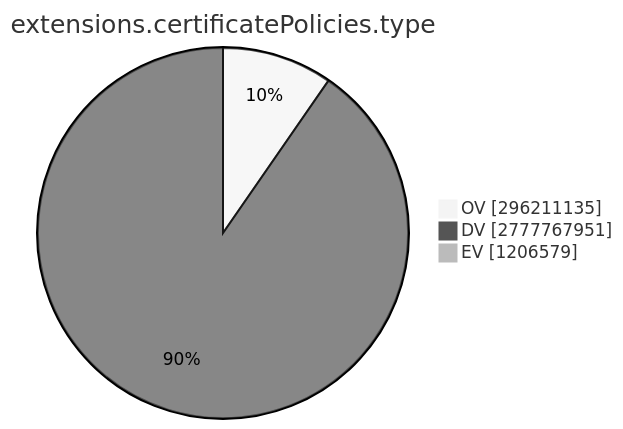
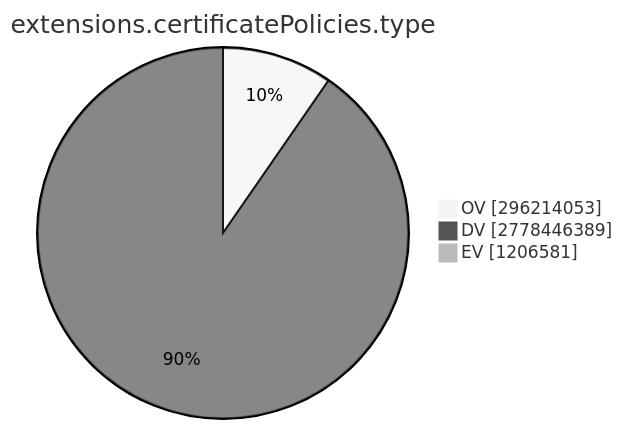
The ninth of 15 diagrams in TOTAL/README.md (christiankrug/ctmonitor_visualization), drawn with Mermaid (neutral theme) before and after one commit. The commit also changed other lines of this file, not shown here.

````diff
--- a/TOTAL/README.md
+++ b/TOTAL/README.md
@@ -3099,7 +3099,7 @@
 ```mermaid
 pie showData
 title extensions.certificatePolicies.type
-"OV" :296211135
-"DV" :2777767951
-"EV" :1206579
+"OV" :296214053
+"DV" :2778446389
+"EV" :1206581
 ```
````
